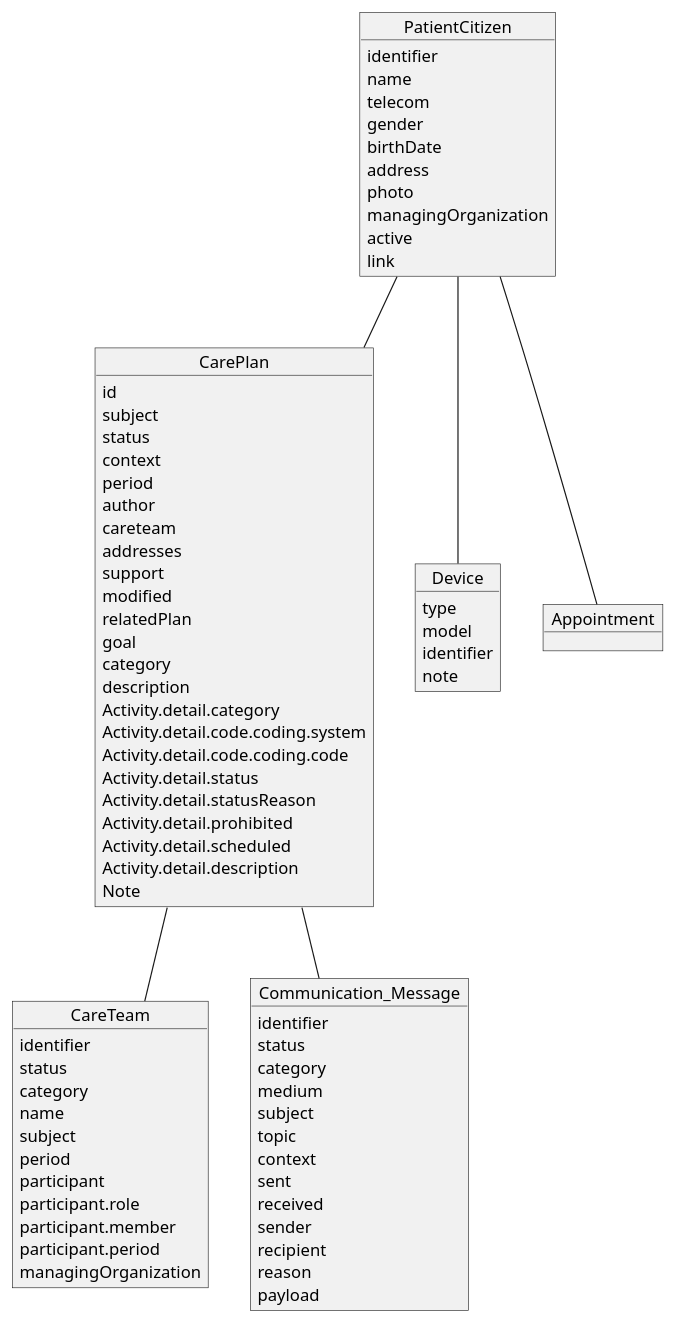
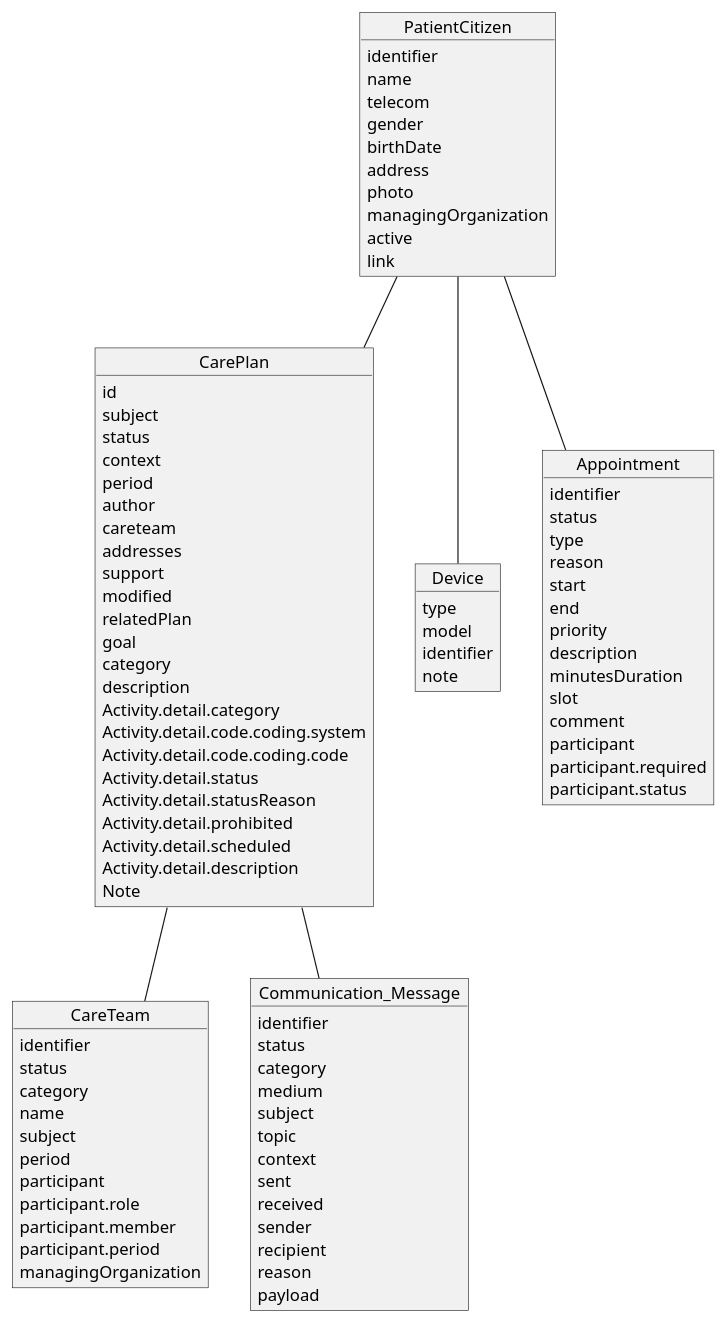
The diagram in PLANTUML_Diagrams/Resources.plantuml (omahoito/rfc), drawn with PlantUML before and after one commit.

```diff
--- a/PLANTUML_Diagrams/Resources.plantuml
+++ b/PLANTUML_Diagrams/Resources.plantuml
@@ -1,89 +1,103 @@
 @startuml
 object PatientCitizen{
     identifier
     name
     telecom
     gender
     birthDate
     address
     photo
     managingOrganization
     active
     link
 }
 
 object CareTeam{
     identifier
     status
     category
     name
     subject
     period
     participant
     participant.role
     participant.member
     participant.period
     managingOrganization
 }
 
 object CarePlan{
     id
     subject
     status
     context
     period
     author
     careteam
     addresses
     support
     modified
     relatedPlan
     goal
     category
     description
     Activity.detail.category
     Activity.detail.code.coding.system
     Activity.detail.code.coding.code
     Activity.detail.status
     Activity.detail.statusReason
     Activity.detail.prohibited
     Activity.detail.scheduled
     Activity.detail.description
     Note
 }
 
 
 object Communication_Message{
     identifier
     status
     category
     medium
     subject
     topic
     context
     sent
     received
     sender
     recipient
     reason
     payload    
 }
 
 object Device{
     type
     model
     identifier
     note
 }
 
 object Appointment{
+    identifier
+    status
+    type
+    reason
+    start
+    end
+    priority
+    description
+    minutesDuration
+    slot
+    comment
+    participant
+    participant.required
+    participant.status
 }
 
 PatientCitizen -- Device
 PatientCitizen -- Appointment
 
 PatientCitizen -- CarePlan
 
 CarePlan -- CareTeam
 CarePlan -- Communication_Message
 @enduml
```
